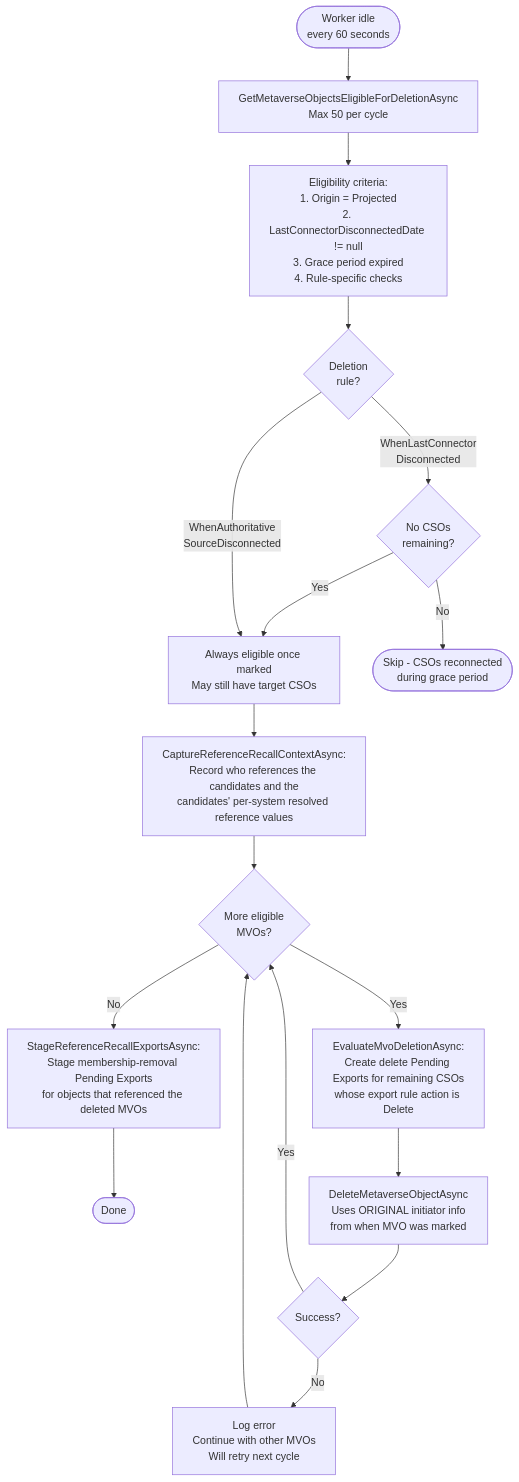
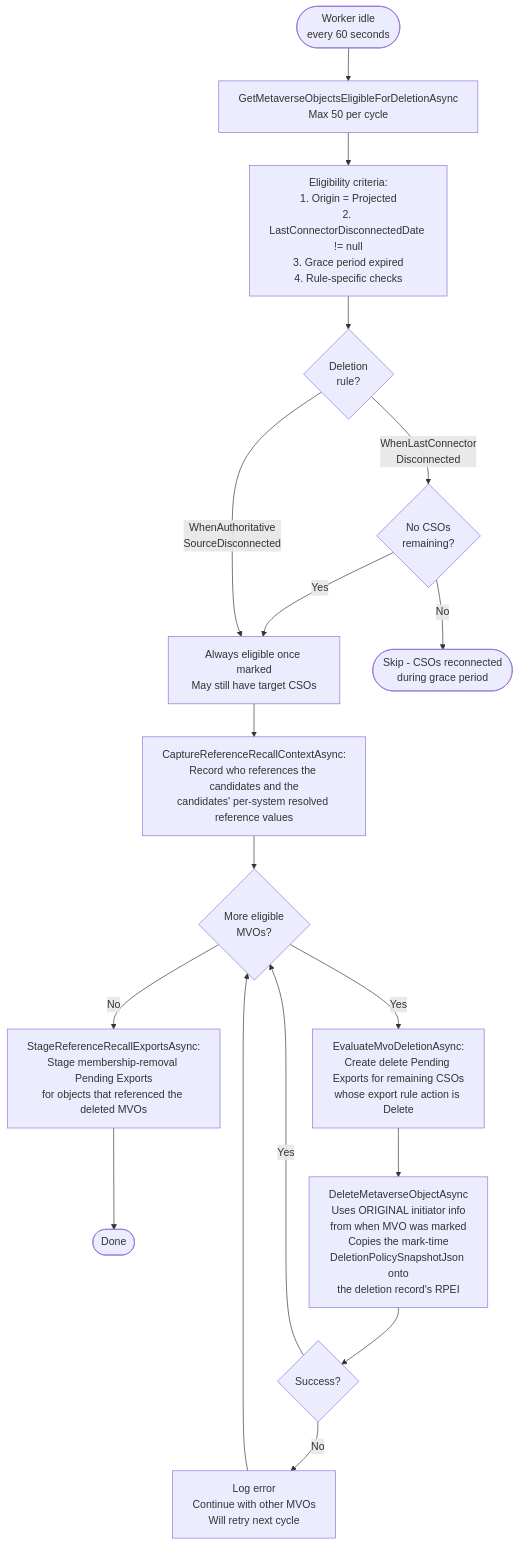
One commit to TetronIO/JIM changed the sixth of 7 diagrams in docs/developer/diagrams/MVO_DELETION_AND_GRACE_PERIOD.md. Above: the diagram before and after it, drawn with Mermaid. The commit also changed other lines of this file and 6 other files, not shown here.

First line of the commit message:
docs(deletion): trigger modes integration scenario, diagrams, admin docs, changelog (#119)

````diff
--- a/docs/developer/diagrams/MVO_DELETION_AND_GRACE_PERIOD.md
+++ b/docs/developer/diagrams/MVO_DELETION_AND_GRACE_PERIOD.md
@@ -97,25 +145,25 @@
 ```mermaid
 flowchart TD
     Idle([Worker idle<br/>every 60 seconds]) --> Query[GetMetaverseObjectsEligibleForDeletionAsync<br/>Max 50 per cycle]
 
     Query --> Criteria[Eligibility criteria:<br/>1. Origin = Projected<br/>2. LastConnectorDisconnectedDate != null<br/>3. Grace period expired<br/>4. Rule-specific checks]
     Criteria --> RuleCheck{Deletion<br/>rule?}
 
     RuleCheck -->|WhenLastConnector<br/>Disconnected| NoCSOs{No CSOs<br/>remaining?}
     NoCSOs -->|Yes| Eligible
     NoCSOs -->|No| NotEligible([Skip - CSOs reconnected<br/>during grace period])
 
     RuleCheck -->|WhenAuthoritative<br/>SourceDisconnected| Eligible[Always eligible once marked<br/>May still have target CSOs]
 
     Eligible --> Capture[CaptureReferenceRecallContextAsync:<br/>Record who references the candidates and the<br/>candidates' per-system resolved reference values]
     Capture --> Loop{More eligible<br/>MVOs?}
     Loop -->|No| Recall[StageReferenceRecallExportsAsync:<br/>Stage membership-removal Pending Exports<br/>for objects that referenced the deleted MVOs]
     Recall --> Done([Done])
 
     Loop -->|Yes| EvalExports[EvaluateMvoDeletionAsync:<br/>Create delete Pending Exports for remaining CSOs<br/>whose export rule action is Delete]
-    EvalExports --> DeleteMVO[DeleteMetaverseObjectAsync<br/>Uses ORIGINAL initiator info<br/>from when MVO was marked]
+    EvalExports --> DeleteMVO[DeleteMetaverseObjectAsync<br/>Uses ORIGINAL initiator info<br/>from when MVO was marked<br/>Copies the mark-time<br/>DeletionPolicySnapshotJson onto<br/>the deletion record's RPEI]
     DeleteMVO --> Result{Success?}
     Result -->|Yes| Loop
     Result -->|No| LogError[Log error<br/>Continue with other MVOs<br/>Will retry next cycle]
     LogError --> Loop
 ```
````
